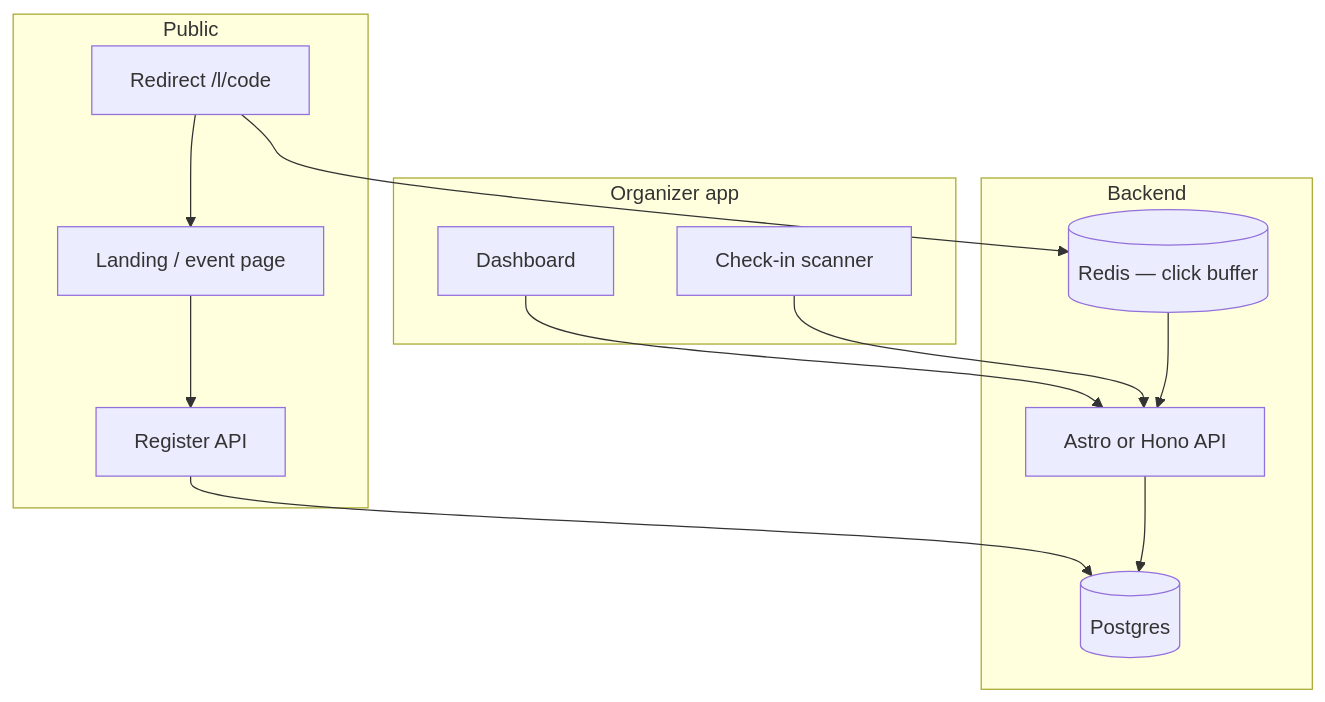
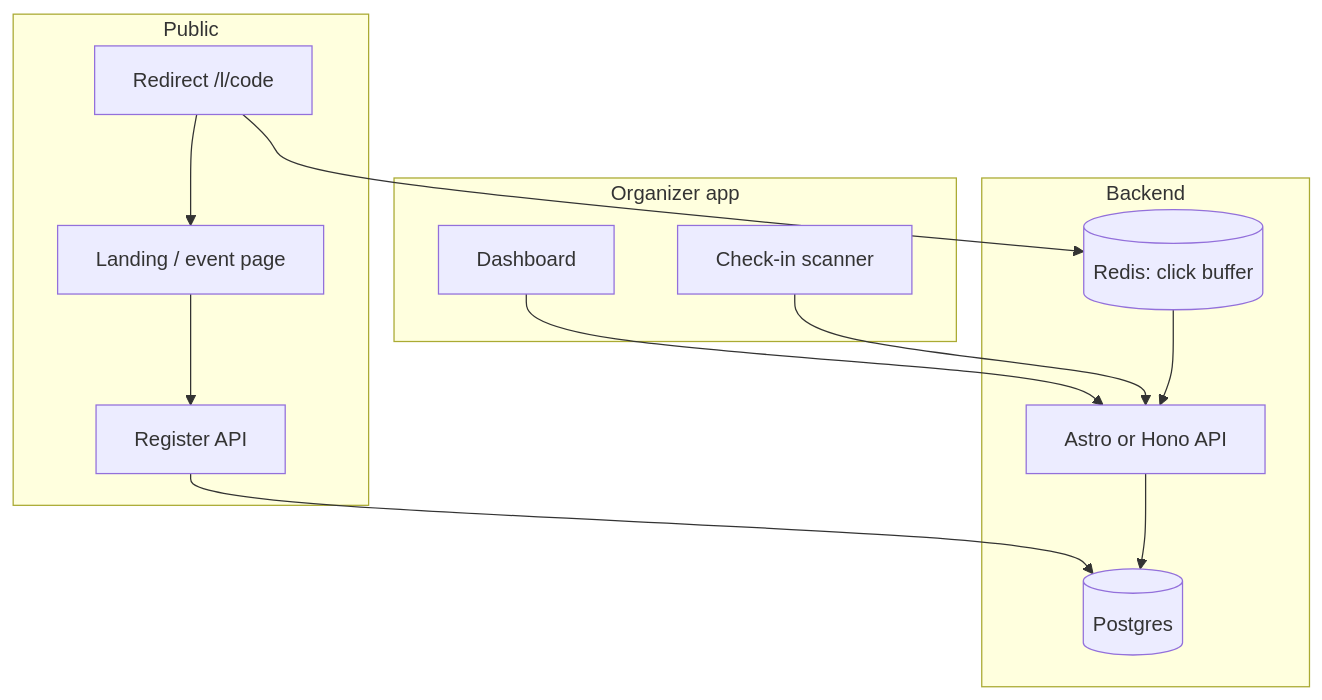
One commit to uplbtools/punta changed the diagram in docs/IMPLEMENTATION_PLAN.md. Above: the diagram before and after it, drawn with Mermaid. The commit also changed other lines of this file and 2 other files, not shown here.

````diff
--- a/docs/IMPLEMENTATION_PLAN.md
+++ b/docs/IMPLEMENTATION_PLAN.md
@@ -96,25 +96,25 @@
 ```mermaid
 flowchart TB
-  subgraph public [Public]
-    LP[Landing / event page]
-    REDIR[Redirect /l/code]
-    REG[Register API]
-  end
-  subgraph org [Organizer app]
-    DASH[Dashboard]
-    SCAN[Check-in scanner]
-  end
-  subgraph backend [Backend]
-    API[Astro or Hono API]
-    DB[(Postgres)]
-    KV[(Redis — click buffer)]
-  end
-  REDIR --> KV
-  REDIR --> LP
-  LP --> REG
-  REG --> DB
-  DASH --> API
-  SCAN --> API
-  API --> DB
-  KV --> API
+ subgraph public [Public]
+ LP[Landing / event page]
+ REDIR[Redirect /l/code]
+ REG[Register API]
+ end
+ subgraph org [Organizer app]
+ DASH[Dashboard]
+ SCAN[Check-in scanner]
+ end
+ subgraph backend [Backend]
+ API[Astro or Hono API]
+ DB[(Postgres)]
+ KV[(Redis: click buffer)]
+ end
+ REDIR --> KV
+ REDIR --> LP
+ LP --> REG
+ REG --> DB
+ DASH --> API
+ SCAN --> API
+ API --> DB
+ KV --> API
 ```
````
